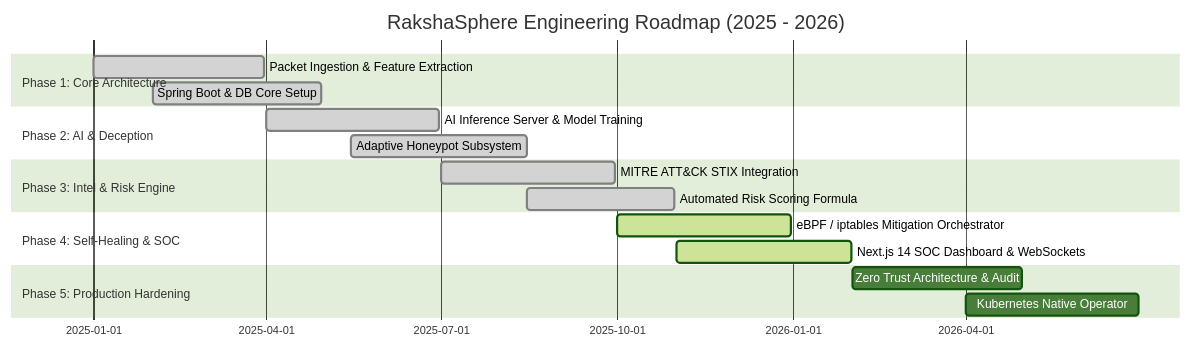
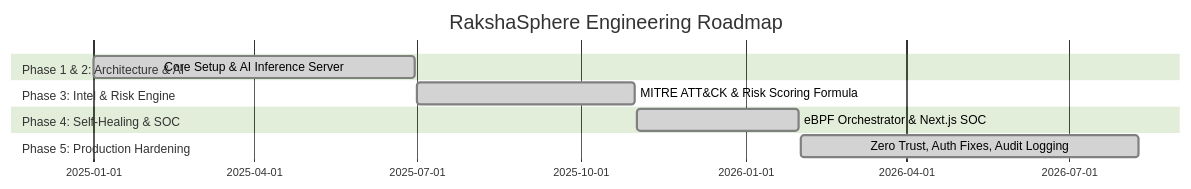
The second of 2 diagrams in README.md (fardeenakmal/RakshaSphere-V1), drawn with Mermaid (forest theme) before and after one commit. The commit also changed other lines of this file and 22 other files, not shown here.

````diff
--- a/README.md
+++ b/README.md
@@ -643,20 +168,13 @@
 ```mermaid
 gantt
-    title RakshaSphere Engineering Roadmap (2025 - 2026)
+    title RakshaSphere Engineering Roadmap
     dateFormat  YYYY-MM-DD
-    section Phase 1: Core Architecture
-    Packet Ingestion & Feature Extraction    :done, p1, 2025-01-01, 2025-03-31
-    Spring Boot & DB Core Setup              :done, p2, 2025-02-01, 2025-04-30
-    section Phase 2: AI & Deception
-    AI Inference Server & Model Training     :done, p3, 2025-04-01, 2025-06-30
-    Adaptive Honeypot Subsystem              :done, p4, 2025-05-15, 2025-08-15
+    section Phase 1 & 2: Architecture & AI
+    Core Setup & AI Inference Server         :done, p1, 2025-01-01, 2025-06-30
     section Phase 3: Intel & Risk Engine
-    MITRE ATT&CK STIX Integration            :done, p5, 2025-07-01, 2025-09-30
-    Automated Risk Scoring Formula           :done, p6, 2025-08-15, 2025-10-31
+    MITRE ATT&CK & Risk Scoring Formula      :done, p2, 2025-07-01, 2025-10-31
     section Phase 4: Self-Healing & SOC
-    eBPF / iptables Mitigation Orchestrator   :active, p7, 2025-10-01, 2025-12-31
-    Next.js 14 SOC Dashboard & WebSockets    :active, p8, 2025-11-01, 2026-01-31
+    eBPF Orchestrator & Next.js SOC          :done, p3, 2025-11-01, 2026-01-31
     section Phase 5: Production Hardening
-    Zero Trust Architecture & Audit          : p9, 2026-02-01, 2026-04-30
-    Kubernetes Native Operator               : p10, 2026-04-01, 2026-06-30
+    Zero Trust, Auth Fixes, Audit Logging    :done, p4, 2026-02-01, 2026-08-09
 ```
````
